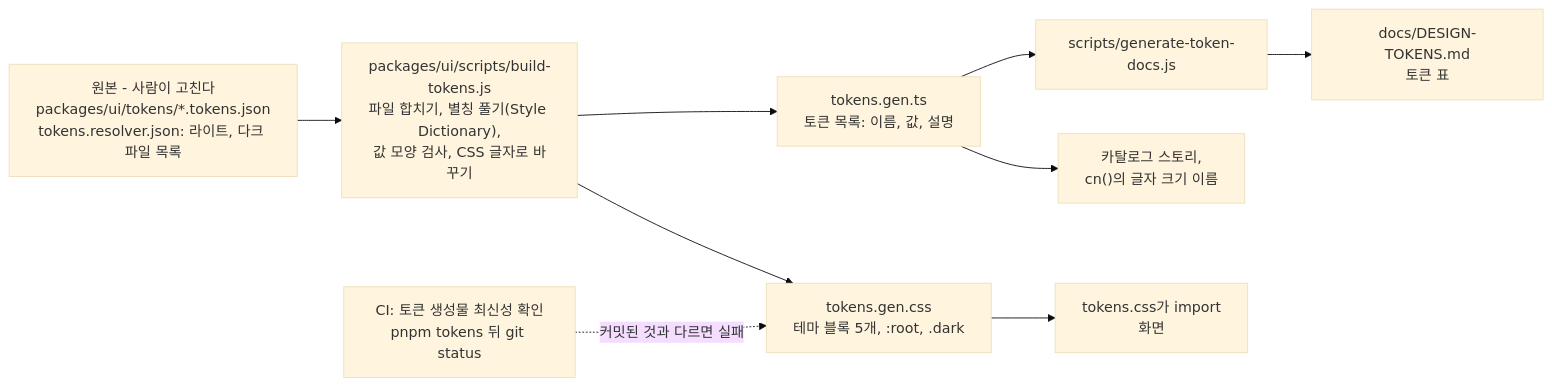
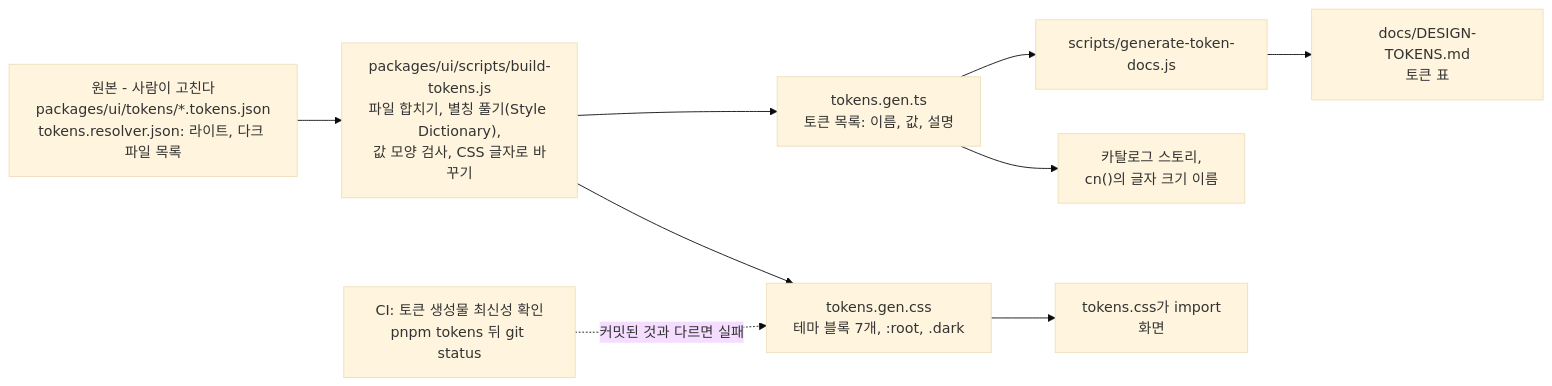
One commit to BAECHAN/link-sphere_FE_NEW changed the third of 3 diagrams in docs/DESIGN-SYSTEM.md. Above: the diagram before and after it, drawn with Mermaid (base theme). The commit also changed other lines of this file and 44 other files, not shown here.

````diff
--- a/docs/DESIGN-SYSTEM.md
+++ b/docs/DESIGN-SYSTEM.md
@@ -191,16 +191,16 @@
 ```mermaid
 flowchart LR
     S["원본 - 사람이 고친다<br/>packages/ui/tokens/*.tokens.json<br/>tokens.resolver.json: 라이트, 다크 파일 목록"]
     B["packages/ui/scripts/build-tokens.js<br/>파일 합치기, 별칭 풀기(Style Dictionary),<br/>값 모양 검사, CSS 글자로 바꾸기"]
-    C["tokens.gen.css<br/>테마 블록 5개, :root, .dark"]
+    C["tokens.gen.css<br/>테마 블록 7개, :root, .dark"]
     T["tokens.gen.ts<br/>토큰 목록: 이름, 값, 설명"]
     G["scripts/generate-token-docs.js"]
     D["docs/DESIGN-TOKENS.md<br/>토큰 표"]
     S --> B
     B --> C
     B --> T
     C --> E["tokens.css가 import<br/>화면"]
     T --> K["카탈로그 스토리,<br/>cn()의 글자 크기 이름"]
     T --> G --> D
     CI["CI: 토큰 생성물 최신성 확인<br/>pnpm tokens 뒤 git status"] -. "커밋된 것과 다르면 실패" .-> C
 ```
````
